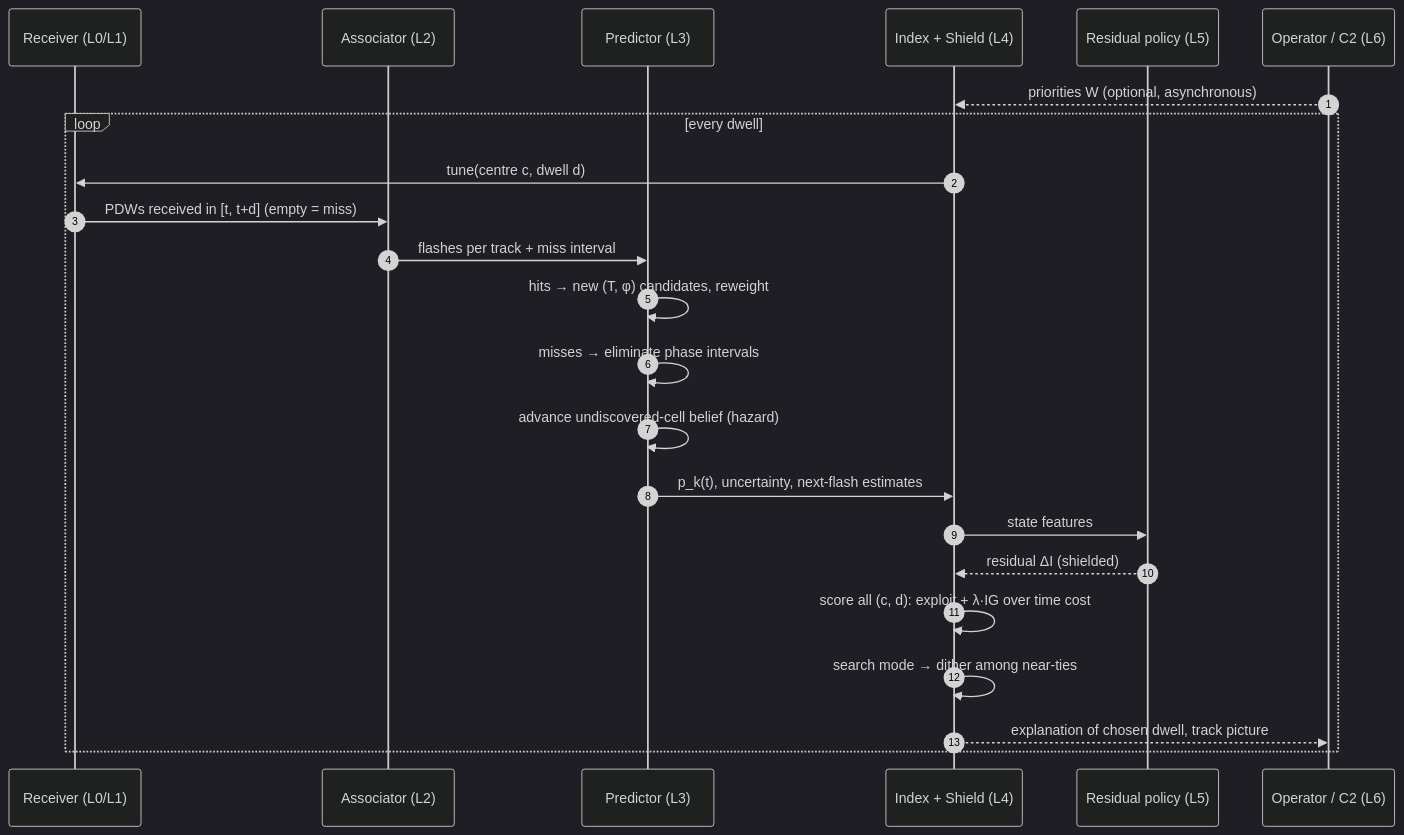
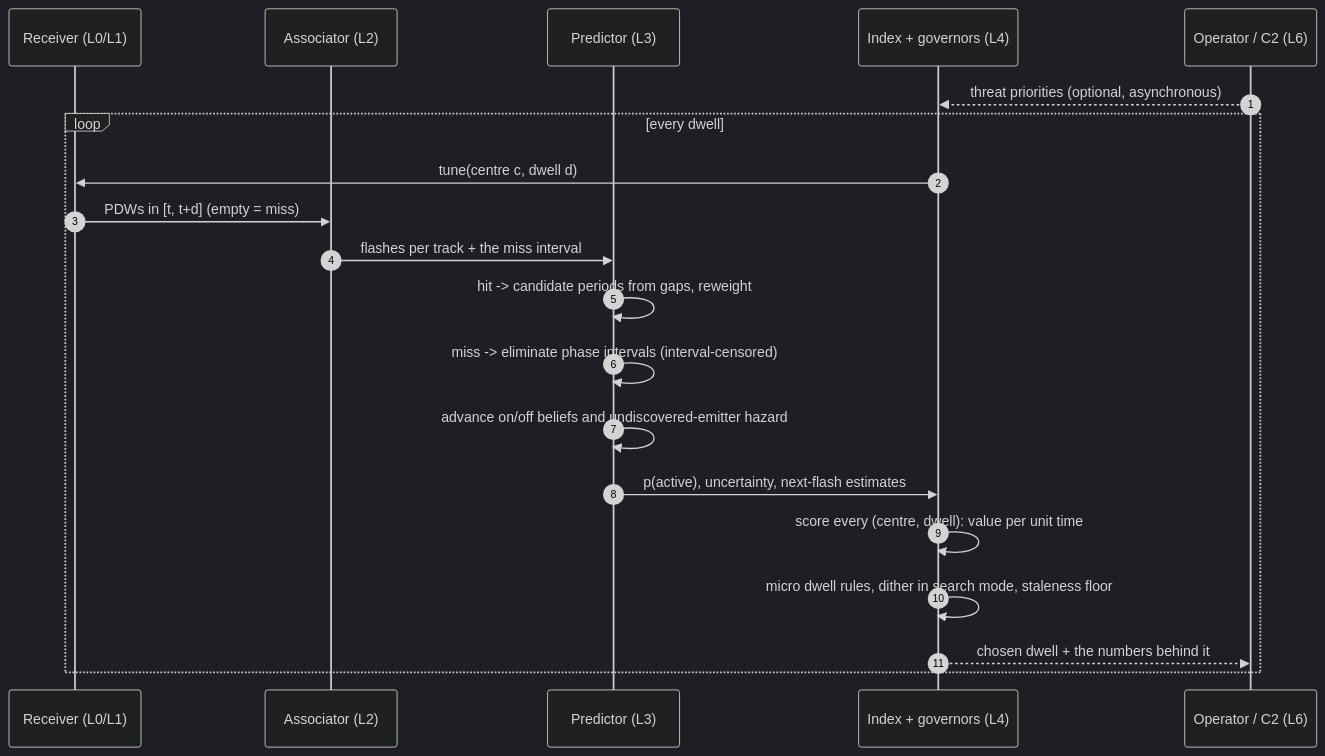
Before and after one commit to abhishek-pandey7/Smart-Scan-strategy-for-Electronic-Warfare: the second of 4 diagrams in docs/PRIMES_FULL_ARCHITECTURE.md, drawn with Mermaid (dark theme). The commit also changed other lines of this file, not shown here.

````diff
--- a/docs/PRIMES_FULL_ARCHITECTURE.md
+++ b/docs/PRIMES_FULL_ARCHITECTURE.md
@@ -134,26 +136,23 @@
 ```mermaid
 sequenceDiagram
     autonumber
     participant RX as Receiver (L0/L1)
     participant AS as Associator (L2)
     participant PR as Predictor (L3)
-    participant IX as Index + Shield (L4)
-    participant RL as Residual policy (L5)
+    participant IX as Index + governors (L4)
     participant HMI as Operator / C2 (L6)
 
-    HMI-->>IX: priorities W (optional, asynchronous)
+    HMI-->>IX: threat priorities (optional, asynchronous)
     loop every dwell
         IX->>RX: tune(centre c, dwell d)
-        RX->>AS: PDWs received in [t, t+d] (empty = miss)
-        AS->>PR: flashes per track + miss interval
-        PR->>PR: hits → new (T, φ) candidates, reweight
-        PR->>PR: misses → eliminate phase intervals
-        PR->>PR: advance undiscovered-cell belief (hazard)
-        PR->>IX: p_k(t), uncertainty, next-flash estimates
-        IX->>RL: state features
-        RL-->>IX: residual ΔI (shielded)
-        IX->>IX: score all (c, d): exploit + λ·IG over time cost
-        IX->>IX: search mode → dither among near-ties
-        IX-->>HMI: explanation of chosen dwell, track picture
+        RX->>AS: PDWs in [t, t+d] (empty = miss)
+        AS->>PR: flashes per track + the miss interval
+        PR->>PR: hit -> candidate periods from gaps, reweight
+        PR->>PR: miss -> eliminate phase intervals (interval-censored)
+        PR->>PR: advance on/off beliefs and undiscovered-emitter hazard
+        PR->>IX: p(active), uncertainty, next-flash estimates
+        IX->>IX: score every (centre, dwell): value per unit time
+        IX->>IX: micro dwell rules, dither in search mode, staleness floor
+        IX-->>HMI: chosen dwell + the numbers behind it
     end
 ```
````
